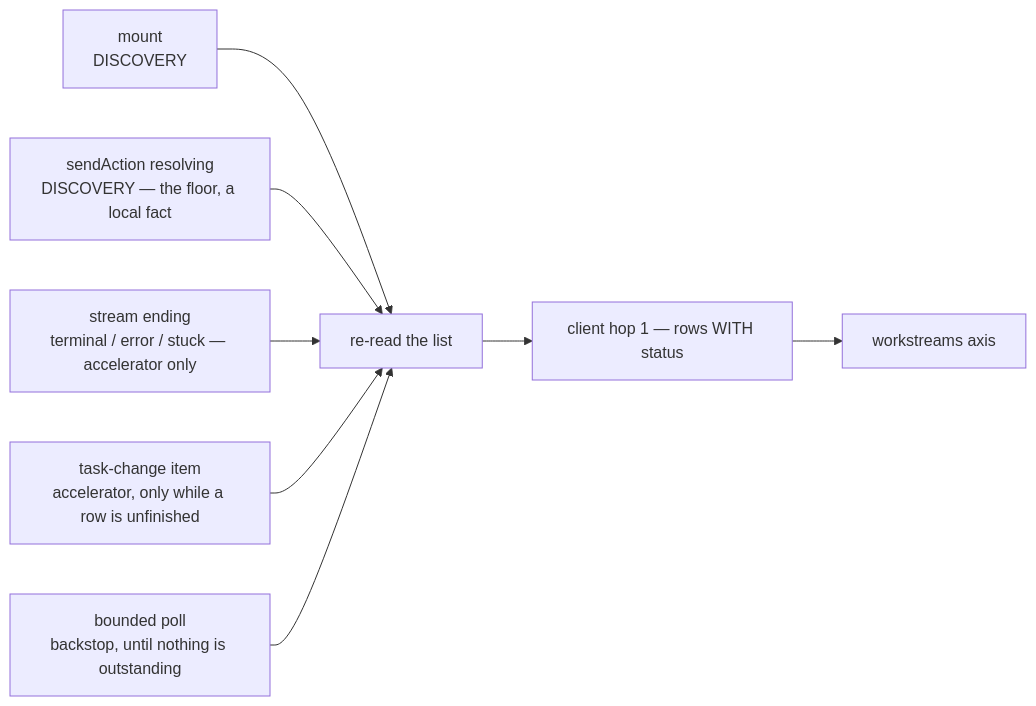
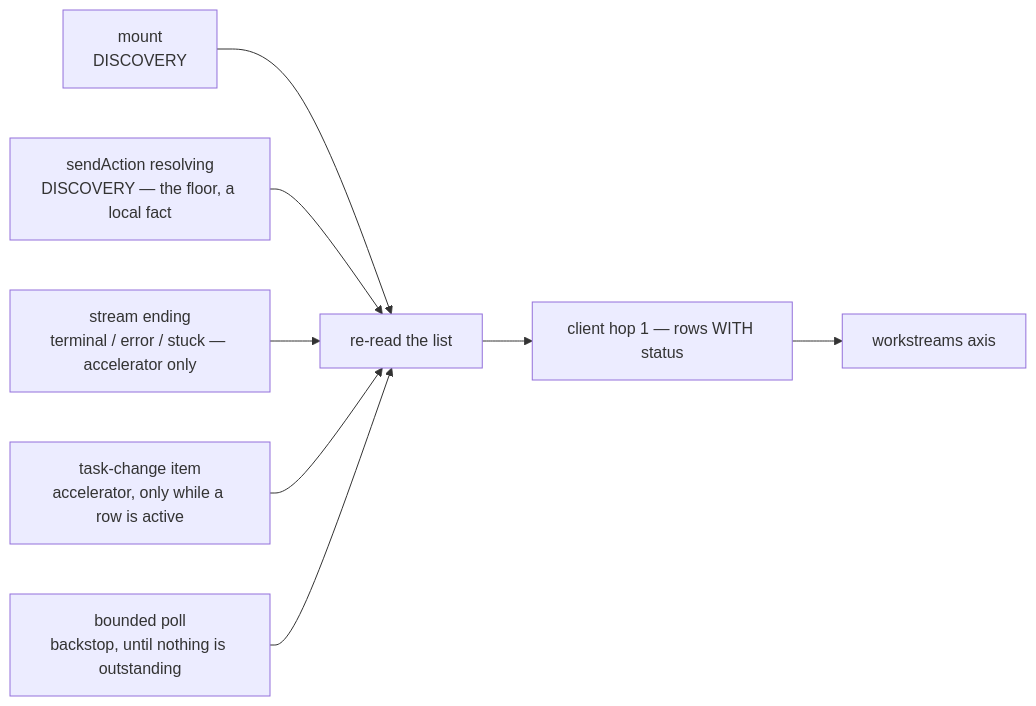
One commit to fixpoint-labs/flow-state-dev changed the diagram in spec/FIX-1012.md. Above: the diagram before and after it, drawn with Mermaid. The commit also changed other lines of this file, not shown here.

````diff
--- a/spec/FIX-1012.md
+++ b/spec/FIX-1012.md
@@ -263,10 +292,10 @@
 ```mermaid
 flowchart LR
   M["mount<br/>DISCOVERY"] --> RE[re-read the list]
   SA["sendAction resolving<br/>DISCOVERY — the floor, a local fact"] --> RE
   TERM["stream ending<br/>terminal / error / stuck — accelerator only"] --> RE
-  TC["task-change item<br/>accelerator, only while a row is unfinished"] --> RE
+  TC["task-change item<br/>accelerator, only while a row is active"] --> RE
   POLL["bounded poll<br/>backstop, until nothing is outstanding"] --> RE
   RE --> H1["client hop 1 — rows WITH status"]
   H1 --> WS[workstreams axis]
 ```
````
